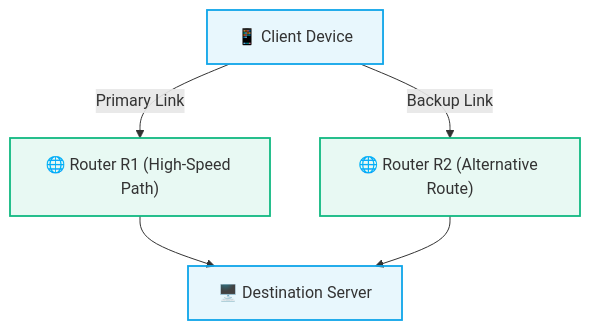
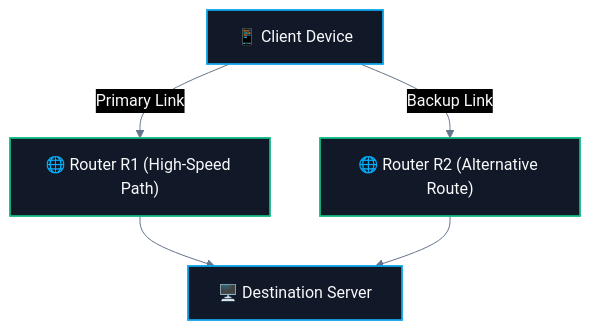
One commit to abhinavbharti2345/CS_Notes changed the third of 3 diagrams in CS/Computer Networking/01. Architecture & Fundamentals/02. Packets and Packet Switching.md. Above: the diagram before and after it, drawn with Mermaid. The commit also changed other lines of this file and 195 other files, not shown here.

````diff
--- a/CS/Computer Networking/01. Architecture & Fundamentals/02. Packets and Packet Switching.md
+++ b/CS/Computer Networking/01. Architecture & Fundamentals/02. Packets and Packet Switching.md
@@ -101,13 +103,14 @@
 ```mermaid
+%%{init: {'theme': 'base', 'themeVariables': { 'darkMode': true, 'background': '#0B0F14', 'mainBkg': '#111827', 'primaryColor': '#111827', 'primaryTextColor': '#F8FAFC', 'primaryBorderColor': '#38BDF8', 'lineColor': '#64748B', 'secondaryColor': '#0B0F14', 'tertiaryColor': '#0B0F14', 'clusterBkg': '#0B0F14', 'clusterBorder': '#38BDF8' }}}%%
 flowchart TD
     Client["📱 Client Device"]
     Client -->|"Primary Link"| R1["🌐 Router R1 (High-Speed Path)"]
     Client -->|"Backup Link"| R2["🌐 Router R2 (Alternative Route)"]
     R1 --> Server["🖥️ Destination Server"]
     R2 --> Server
 
-    classDef dev fill:#0ea5e918,stroke:#0ea5e9,stroke-width:1.8px;
-    classDef rtr fill:#10b98118,stroke:#10b981,stroke-width:1.8px;
+    classDef dev fill:#111827,stroke:#0ea5e9,stroke-width:1.8px,color:#F8FAFC;
+    classDef rtr fill:#111827,stroke:#10b981,stroke-width:1.8px,color:#F8FAFC;
     class Client,Server dev;
     class R1,R2 rtr;
 ```
````
